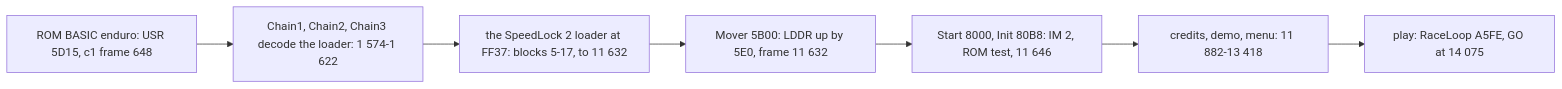
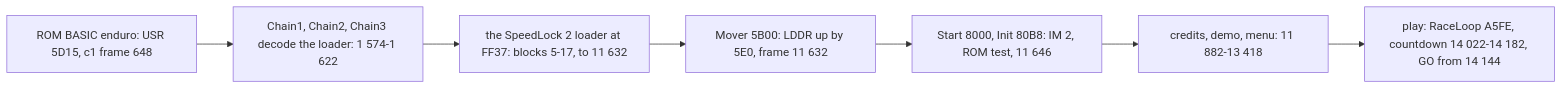
One commit to alfishe/unrealng-reverse-cases changed the first of 3 diagrams in games/enduro-racer/docs/02-architecture.md. Above: the diagram before and after it, drawn with Mermaid. The commit also changed other lines of this file and 24 other files, not shown here.

````diff
--- a/games/enduro-racer/docs/02-architecture.md
+++ b/games/enduro-racer/docs/02-architecture.md
@@ -174,9 +174,9 @@
 ```mermaid
 flowchart LR
     A["ROM BASIC enduro: USR 5D15, c1 frame 648"] --> B["Chain1, Chain2, Chain3 decode the loader: 1 574-1 622"]
     B --> C["the SpeedLock 2 loader at FF37: blocks 5-17, to 11 632"]
     C --> D["Mover 5B00: LDDR up by 5E0, frame 11 632"]
     D --> E["Start 8000, Init 80B8: IM 2, ROM test, 11 646"]
     E --> F["credits, demo, menu: 11 882-13 418"]
-    F --> G["play: RaceLoop A5FE, GO at 14 075"]
+    F --> G["play: RaceLoop A5FE, countdown 14 022-14 182, GO from 14 144"]
 ```
````
